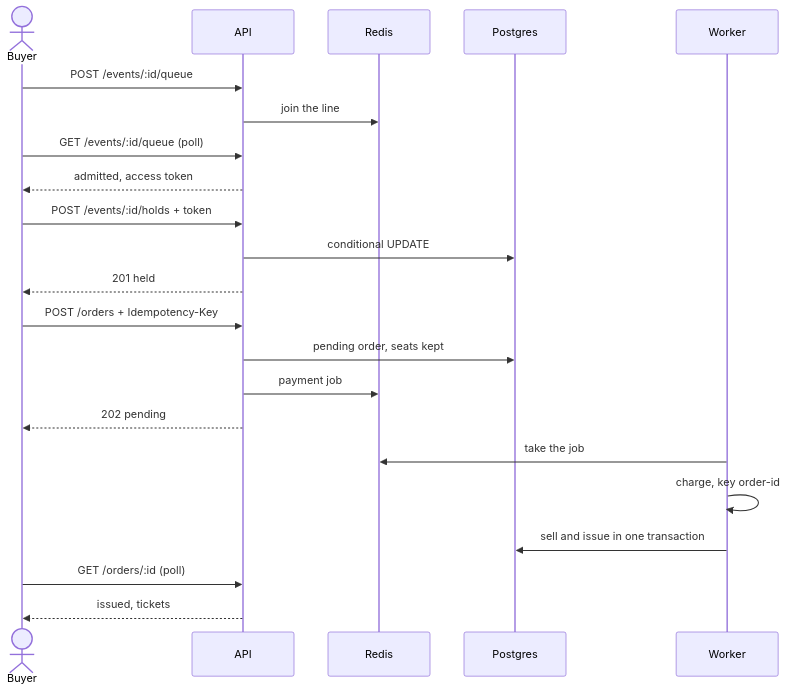
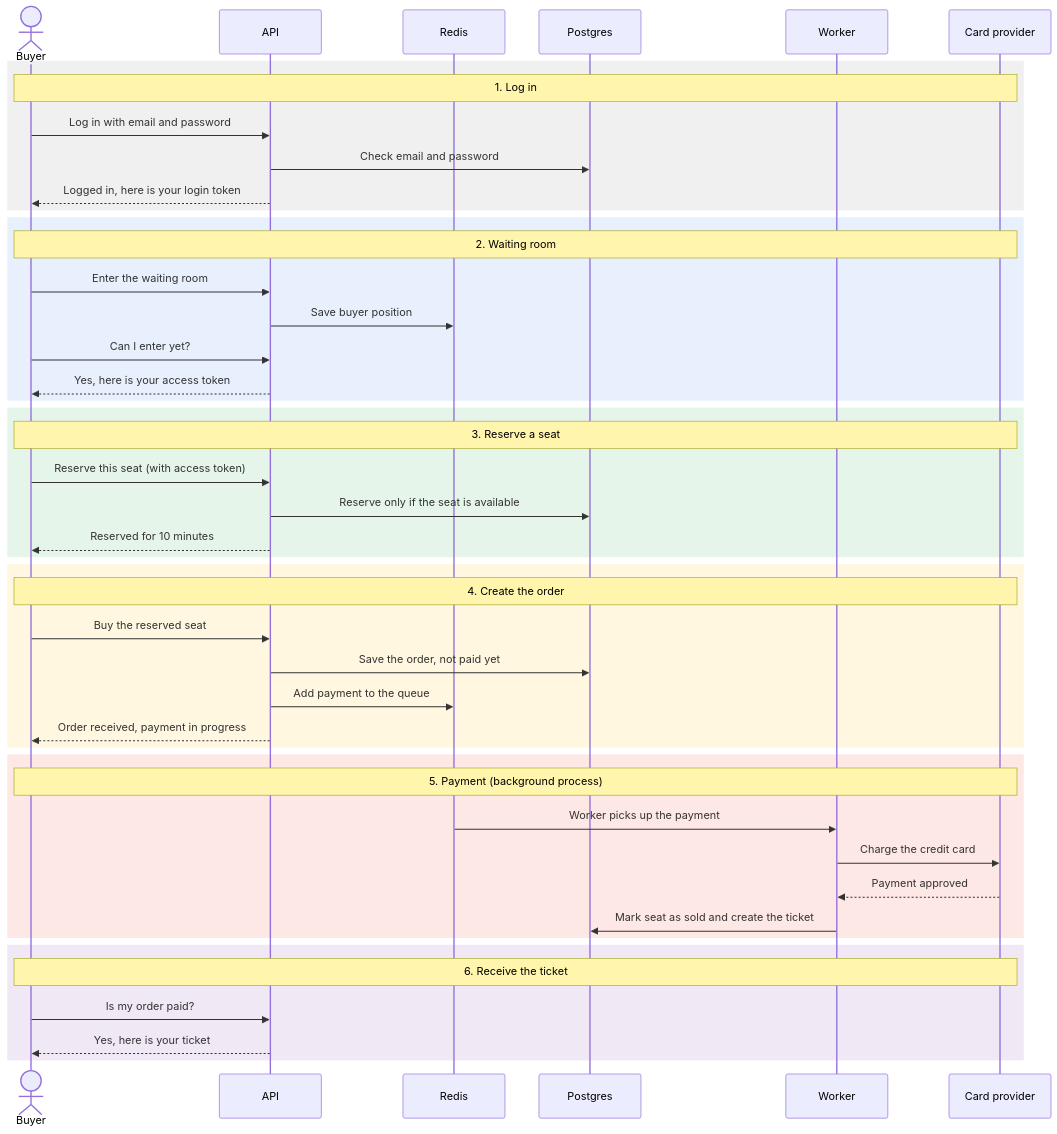
The second of 2 diagrams in README.md (alexmalin23/TicketRush), drawn with Mermaid before and after one commit.

Commit message:
docs: show the booking flow from login to ticket in stages
The diagram listed endpoints in one sequence, which was hard to follow. It now
starts at login, groups the steps into stages and describes them in plain words.

````diff
--- a/README.md
+++ b/README.md
@@ -33,24 +33,53 @@
 ```mermaid
 sequenceDiagram
     actor B as Buyer
     participant A as API
     participant R as Redis
     participant P as Postgres
     participant W as Worker
-    B->>A: POST /events/:id/queue
-    A->>R: join the line
-    B->>A: GET /events/:id/queue (poll)
-    A-->>B: admitted, access token
-    B->>A: POST /events/:id/holds + token
-    A->>P: conditional UPDATE
-    A-->>B: 201 held
-    B->>A: POST /orders + Idempotency-Key
-    A->>P: pending order, seats kept
-    A->>R: payment job
-    A-->>B: 202 pending
-    W->>R: take the job
-    W->>W: charge, key order-id
-    W->>P: sell and issue in one transaction
-    B->>A: GET /orders/:id (poll)
-    A-->>B: issued, tickets
+    participant C as Card provider
+
+    rect rgba(128, 128, 128, 0.12)
+    Note over B,C: 1. Log in
+    B->>A: Log in with email and password
+    A->>P: Check email and password
+    A-->>B: Logged in, here is your login token
+    end
+
+    rect rgba(66, 133, 244, 0.12)
+    Note over B,C: 2. Waiting room
+    B->>A: Enter the waiting room
+    A->>R: Save buyer position
+    B->>A: Can I enter yet?
+    A-->>B: Yes, here is your access token
+    end
+
+    rect rgba(52, 168, 83, 0.12)
+    Note over B,C: 3. Reserve a seat
+    B->>A: Reserve this seat (with access token)
+    A->>P: Reserve only if the seat is available
+    A-->>B: Reserved for 10 minutes
+    end
+
+    rect rgba(251, 188, 4, 0.12)
+    Note over B,C: 4. Create the order
+    B->>A: Buy the reserved seat
+    A->>P: Save the order, not paid yet
+    A->>R: Add payment to the queue
+    A-->>B: Order received, payment in progress
+    end
+
+    rect rgba(234, 67, 53, 0.12)
+    Note over B,C: 5. Payment (background process)
+    R->>W: Worker picks up the payment
+    W->>C: Charge the credit card
+    C-->>W: Payment approved
+    W->>P: Mark seat as sold and create the ticket
+    end
+
+    rect rgba(142, 68, 173, 0.12)
+    Note over B,C: 6. Receive the ticket
+    B->>A: Is my order paid?
+    A-->>B: Yes, here is your ticket
+    end
 ```
````
